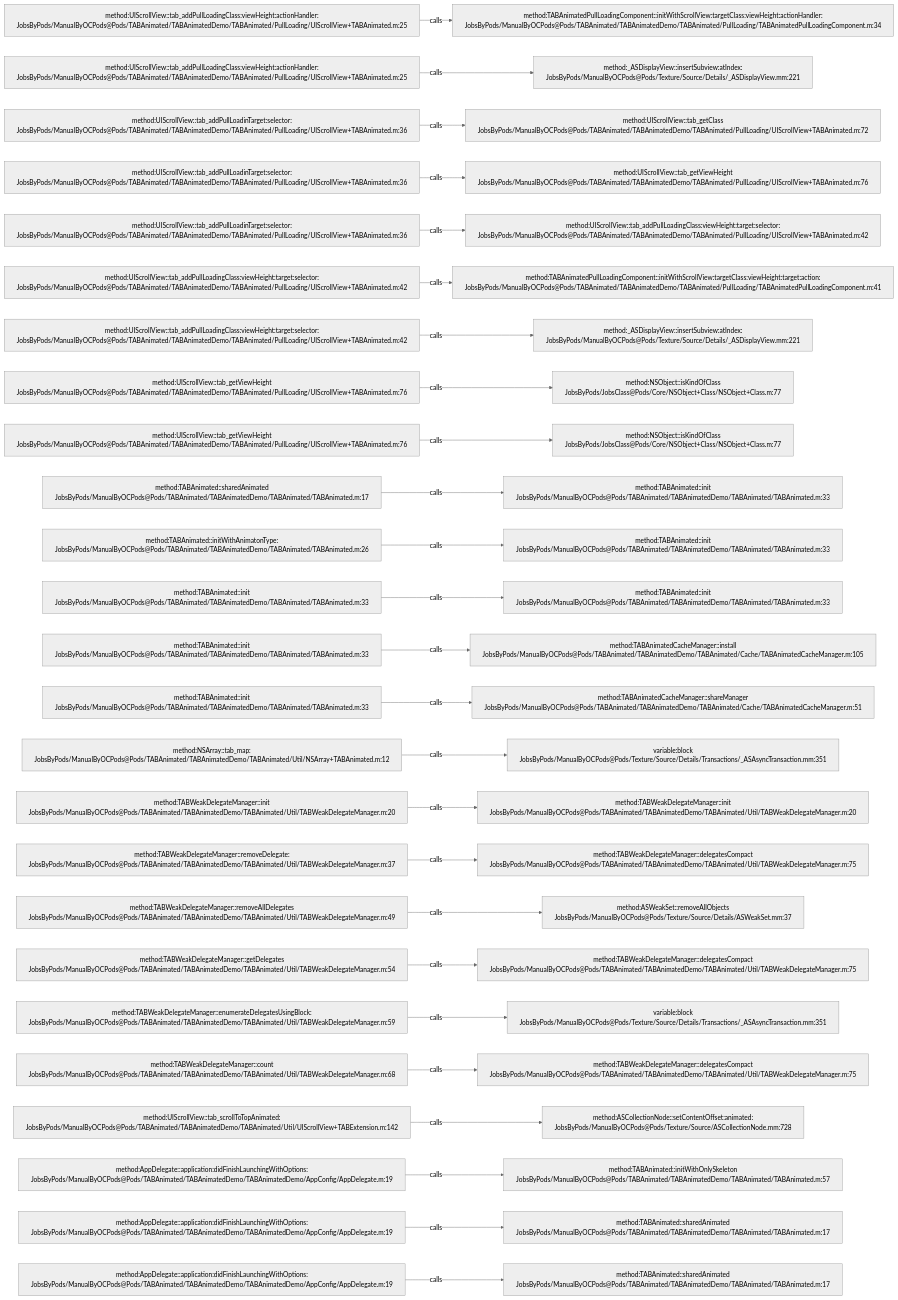
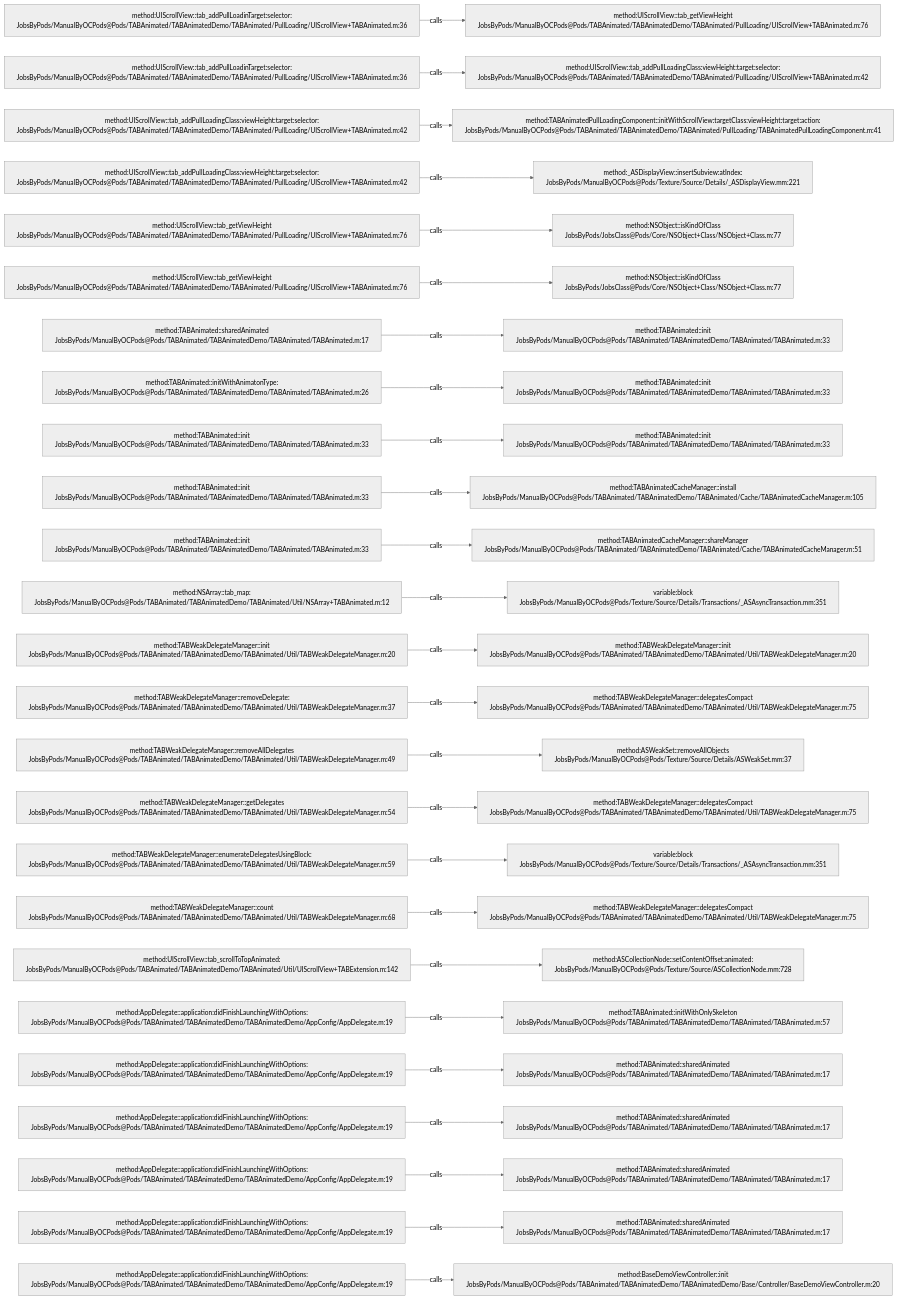
The diagram in .codegraph/codegraph.md/graphs/calls-041.md (JobsKits/JobsOCBaseConfigDemo), drawn with Mermaid (neutral theme) before and after one commit. The commit also changed 342 other files, not shown here.

````diff
--- a/.codegraph/codegraph.md/graphs/calls-041.md
+++ b/.codegraph/codegraph.md/graphs/calls-041.md
@@ -13,78 +13,78 @@
 ```mermaid
 flowchart LR
-  S1["method:UIScrollView::tab_addPullLoadingClass:viewHeight:actionHandler:<br/>JobsByPods/ManualByOCPods@Pods/TABAnimated/TABAnimatedDemo/TABAnimated/PullLoading/UIScrollView+TABAnimated.m:25"]
-  T1["method:TABAnimatedPullLoadingComponent::initWithScrollView:targetClass:viewHeight:actionHandler:<br/>JobsByPods/ManualByOCPods@Pods/TABAnimated/TABAnimatedDemo/TABAnimated/PullLoading/TABAnimatedPullLoadingComponent.m:34"]
+  S1["method:UIScrollView::tab_addPullLoadinTarget:selector:<br/>JobsByPods/ManualByOCPods@Pods/TABAnimated/TABAnimatedDemo/TABAnimated/PullLoading/UIScrollView+TABAnimated.m:36"]
+  T1["method:UIScrollView::tab_getViewHeight<br/>JobsByPods/ManualByOCPods@Pods/TABAnimated/TABAnimatedDemo/TABAnimated/PullLoading/UIScrollView+TABAnimated.m:76"]
   S1 -->|calls| T1
-  S2["method:UIScrollView::tab_addPullLoadingClass:viewHeight:actionHandler:<br/>JobsByPods/ManualByOCPods@Pods/TABAnimated/TABAnimatedDemo/TABAnimated/PullLoading/UIScrollView+TABAnimated.m:25"]
-  T2["method:_ASDisplayView::insertSubview:atIndex:<br/>JobsByPods/ManualByOCPods@Pods/Texture/Source/Details/_ASDisplayView.mm:221"]
+  S2["method:UIScrollView::tab_addPullLoadinTarget:selector:<br/>JobsByPods/ManualByOCPods@Pods/TABAnimated/TABAnimatedDemo/TABAnimated/PullLoading/UIScrollView+TABAnimated.m:36"]
+  T2["method:UIScrollView::tab_addPullLoadingClass:viewHeight:target:selector:<br/>JobsByPods/ManualByOCPods@Pods/TABAnimated/TABAnimatedDemo/TABAnimated/PullLoading/UIScrollView+TABAnimated.m:42"]
   S2 -->|calls| T2
-  S3["method:UIScrollView::tab_addPullLoadinTarget:selector:<br/>JobsByPods/ManualByOCPods@Pods/TABAnimated/TABAnimatedDemo/TABAnimated/PullLoading/UIScrollView+TABAnimated.m:36"]
-  T3["method:UIScrollView::tab_getClass<br/>JobsByPods/ManualByOCPods@Pods/TABAnimated/TABAnimatedDemo/TABAnimated/PullLoading/UIScrollView+TABAnimated.m:72"]
+  S3["method:UIScrollView::tab_addPullLoadingClass:viewHeight:target:selector:<br/>JobsByPods/ManualByOCPods@Pods/TABAnimated/TABAnimatedDemo/TABAnimated/PullLoading/UIScrollView+TABAnimated.m:42"]
+  T3["method:TABAnimatedPullLoadingComponent::initWithScrollView:targetClass:viewHeight:target:action:<br/>JobsByPods/ManualByOCPods@Pods/TABAnimated/TABAnimatedDemo/TABAnimated/PullLoading/TABAnimatedPullLoadingComponent.m:41"]
   S3 -->|calls| T3
-  S4["method:UIScrollView::tab_addPullLoadinTarget:selector:<br/>JobsByPods/ManualByOCPods@Pods/TABAnimated/TABAnimatedDemo/TABAnimated/PullLoading/UIScrollView+TABAnimated.m:36"]
-  T4["method:UIScrollView::tab_getViewHeight<br/>JobsByPods/ManualByOCPods@Pods/TABAnimated/TABAnimatedDemo/TABAnimated/PullLoading/UIScrollView+TABAnimated.m:76"]
+  S4["method:UIScrollView::tab_addPullLoadingClass:viewHeight:target:selector:<br/>JobsByPods/ManualByOCPods@Pods/TABAnimated/TABAnimatedDemo/TABAnimated/PullLoading/UIScrollView+TABAnimated.m:42"]
+  T4["method:_ASDisplayView::insertSubview:atIndex:<br/>JobsByPods/ManualByOCPods@Pods/Texture/Source/Details/_ASDisplayView.mm:221"]
   S4 -->|calls| T4
-  S5["method:UIScrollView::tab_addPullLoadinTarget:selector:<br/>JobsByPods/ManualByOCPods@Pods/TABAnimated/TABAnimatedDemo/TABAnimated/PullLoading/UIScrollView+TABAnimated.m:36"]
-  T5["method:UIScrollView::tab_addPullLoadingClass:viewHeight:target:selector:<br/>JobsByPods/ManualByOCPods@Pods/TABAnimated/TABAnimatedDemo/TABAnimated/PullLoading/UIScrollView+TABAnimated.m:42"]
+  S5["method:UIScrollView::tab_getViewHeight<br/>JobsByPods/ManualByOCPods@Pods/TABAnimated/TABAnimatedDemo/TABAnimated/PullLoading/UIScrollView+TABAnimated.m:76"]
+  T5["method:NSObject::isKindOfClass<br/>JobsByPods/JobsClass@Pods/Core/NSObject+Class/NSObject+Class.m:77"]
   S5 -->|calls| T5
-  S6["method:UIScrollView::tab_addPullLoadingClass:viewHeight:target:selector:<br/>JobsByPods/ManualByOCPods@Pods/TABAnimated/TABAnimatedDemo/TABAnimated/PullLoading/UIScrollView+TABAnimated.m:42"]
-  T6["method:TABAnimatedPullLoadingComponent::initWithScrollView:targetClass:viewHeight:target:action:<br/>JobsByPods/ManualByOCPods@Pods/TABAnimated/TABAnimatedDemo/TABAnimated/PullLoading/TABAnimatedPullLoadingComponent.m:41"]
+  S6["method:UIScrollView::tab_getViewHeight<br/>JobsByPods/ManualByOCPods@Pods/TABAnimated/TABAnimatedDemo/TABAnimated/PullLoading/UIScrollView+TABAnimated.m:76"]
+  T6["method:NSObject::isKindOfClass<br/>JobsByPods/JobsClass@Pods/Core/NSObject+Class/NSObject+Class.m:77"]
   S6 -->|calls| T6
-  S7["method:UIScrollView::tab_addPullLoadingClass:viewHeight:target:selector:<br/>JobsByPods/ManualByOCPods@Pods/TABAnimated/TABAnimatedDemo/TABAnimated/PullLoading/UIScrollView+TABAnimated.m:42"]
-  T7["method:_ASDisplayView::insertSubview:atIndex:<br/>JobsByPods/ManualByOCPods@Pods/Texture/Source/Details/_ASDisplayView.mm:221"]
+  S7["method:TABAnimated::sharedAnimated<br/>JobsByPods/ManualByOCPods@Pods/TABAnimated/TABAnimatedDemo/TABAnimated/TABAnimated.m:17"]
+  T7["method:TABAnimated::init<br/>JobsByPods/ManualByOCPods@Pods/TABAnimated/TABAnimatedDemo/TABAnimated/TABAnimated.m:33"]
   S7 -->|calls| T7
-  S8["method:UIScrollView::tab_getViewHeight<br/>JobsByPods/ManualByOCPods@Pods/TABAnimated/TABAnimatedDemo/TABAnimated/PullLoading/UIScrollView+TABAnimated.m:76"]
-  T8["method:NSObject::isKindOfClass<br/>JobsByPods/JobsClass@Pods/Core/NSObject+Class/NSObject+Class.m:77"]
+  S8["method:TABAnimated::initWithAnimatonType:<br/>JobsByPods/ManualByOCPods@Pods/TABAnimated/TABAnimatedDemo/TABAnimated/TABAnimated.m:26"]
+  T8["method:TABAnimated::init<br/>JobsByPods/ManualByOCPods@Pods/TABAnimated/TABAnimatedDemo/TABAnimated/TABAnimated.m:33"]
   S8 -->|calls| T8
-  S9["method:UIScrollView::tab_getViewHeight<br/>JobsByPods/ManualByOCPods@Pods/TABAnimated/TABAnimatedDemo/TABAnimated/PullLoading/UIScrollView+TABAnimated.m:76"]
-  T9["method:NSObject::isKindOfClass<br/>JobsByPods/JobsClass@Pods/Core/NSObject+Class/NSObject+Class.m:77"]
+  S9["method:TABAnimated::init<br/>JobsByPods/ManualByOCPods@Pods/TABAnimated/TABAnimatedDemo/TABAnimated/TABAnimated.m:33"]
+  T9["method:TABAnimated::init<br/>JobsByPods/ManualByOCPods@Pods/TABAnimated/TABAnimatedDemo/TABAnimated/TABAnimated.m:33"]
   S9 -->|calls| T9
-  S10["method:TABAnimated::sharedAnimated<br/>JobsByPods/ManualByOCPods@Pods/TABAnimated/TABAnimatedDemo/TABAnimated/TABAnimated.m:17"]
-  T10["method:TABAnimated::init<br/>JobsByPods/ManualByOCPods@Pods/TABAnimated/TABAnimatedDemo/TABAnimated/TABAnimated.m:33"]
+  S10["method:TABAnimated::init<br/>JobsByPods/ManualByOCPods@Pods/TABAnimated/TABAnimatedDemo/TABAnimated/TABAnimated.m:33"]
+  T10["method:TABAnimatedCacheManager::install<br/>JobsByPods/ManualByOCPods@Pods/TABAnimated/TABAnimatedDemo/TABAnimated/Cache/TABAnimatedCacheManager.m:105"]
   S10 -->|calls| T10
-  S11["method:TABAnimated::initWithAnimatonType:<br/>JobsByPods/ManualByOCPods@Pods/TABAnimated/TABAnimatedDemo/TABAnimated/TABAnimated.m:26"]
-  T11["method:TABAnimated::init<br/>JobsByPods/ManualByOCPods@Pods/TABAnimated/TABAnimatedDemo/TABAnimated/TABAnimated.m:33"]
+  S11["method:TABAnimated::init<br/>JobsByPods/ManualByOCPods@Pods/TABAnimated/TABAnimatedDemo/TABAnimated/TABAnimated.m:33"]
+  T11["method:TABAnimatedCacheManager::shareManager<br/>JobsByPods/ManualByOCPods@Pods/TABAnimated/TABAnimatedDemo/TABAnimated/Cache/TABAnimatedCacheManager.m:51"]
   S11 -->|calls| T11
-  S12["method:TABAnimated::init<br/>JobsByPods/ManualByOCPods@Pods/TABAnimated/TABAnimatedDemo/TABAnimated/TABAnimated.m:33"]
-  T12["method:TABAnimated::init<br/>JobsByPods/ManualByOCPods@Pods/TABAnimated/TABAnimatedDemo/TABAnimated/TABAnimated.m:33"]
+  S12["method:NSArray::tab_map:<br/>JobsByPods/ManualByOCPods@Pods/TABAnimated/TABAnimatedDemo/TABAnimated/Util/NSArray+TABAnimated.m:12"]
+  T12["variable:block<br/>JobsByPods/ManualByOCPods@Pods/Texture/Source/Details/Transactions/_ASAsyncTransaction.mm:351"]
   S12 -->|calls| T12
-  S13["method:TABAnimated::init<br/>JobsByPods/ManualByOCPods@Pods/TABAnimated/TABAnimatedDemo/TABAnimated/TABAnimated.m:33"]
-  T13["method:TABAnimatedCacheManager::install<br/>JobsByPods/ManualByOCPods@Pods/TABAnimated/TABAnimatedDemo/TABAnimated/Cache/TABAnimatedCacheManager.m:105"]
+  S13["method:TABWeakDelegateManager::init<br/>JobsByPods/ManualByOCPods@Pods/TABAnimated/TABAnimatedDemo/TABAnimated/Util/TABWeakDelegateManager.m:20"]
+  T13["method:TABWeakDelegateManager::init<br/>JobsByPods/ManualByOCPods@Pods/TABAnimated/TABAnimatedDemo/TABAnimated/Util/TABWeakDelegateManager.m:20"]
   S13 -->|calls| T13
-  S14["method:TABAnimated::init<br/>JobsByPods/ManualByOCPods@Pods/TABAnimated/TABAnimatedDemo/TABAnimated/TABAnimated.m:33"]
-  T14["method:TABAnimatedCacheManager::shareManager<br/>JobsByPods/ManualByOCPods@Pods/TABAnimated/TABAnimatedDemo/TABAnimated/Cache/TABAnimatedCacheManager.m:51"]
+  S14["method:TABWeakDelegateManager::removeDelegate:<br/>JobsByPods/ManualByOCPods@Pods/TABAnimated/TABAnimatedDemo/TABAnimated/Util/TABWeakDelegateManager.m:37"]
+  T14["method:TABWeakDelegateManager::delegatesCompact<br/>JobsByPods/ManualByOCPods@Pods/TABAnimated/TABAnimatedDemo/TABAnimated/Util/TABWeakDelegateManager.m:75"]
   S14 -->|calls| T14
-  S15["method:NSArray::tab_map:<br/>JobsByPods/ManualByOCPods@Pods/TABAnimated/TABAnimatedDemo/TABAnimated/Util/NSArray+TABAnimated.m:12"]
-  T15["variable:block<br/>JobsByPods/ManualByOCPods@Pods/Texture/Source/Details/Transactions/_ASAsyncTransaction.mm:351"]
+  S15["method:TABWeakDelegateManager::removeAllDelegates<br/>JobsByPods/ManualByOCPods@Pods/TABAnimated/TABAnimatedDemo/TABAnimated/Util/TABWeakDelegateManager.m:49"]
+  T15["method:ASWeakSet::removeAllObjects<br/>JobsByPods/ManualByOCPods@Pods/Texture/Source/Details/ASWeakSet.mm:37"]
   S15 -->|calls| T15
-  S16["method:TABWeakDelegateManager::init<br/>JobsByPods/ManualByOCPods@Pods/TABAnimated/TABAnimatedDemo/TABAnimated/Util/TABWeakDelegateManager.m:20"]
-  T16["method:TABWeakDelegateManager::init<br/>JobsByPods/ManualByOCPods@Pods/TABAnimated/TABAnimatedDemo/TABAnimated/Util/TABWeakDelegateManager.m:20"]
+  S16["method:TABWeakDelegateManager::getDelegates<br/>JobsByPods/ManualByOCPods@Pods/TABAnimated/TABAnimatedDemo/TABAnimated/Util/TABWeakDelegateManager.m:54"]
+  T16["method:TABWeakDelegateManager::delegatesCompact<br/>JobsByPods/ManualByOCPods@Pods/TABAnimated/TABAnimatedDemo/TABAnimated/Util/TABWeakDelegateManager.m:75"]
   S16 -->|calls| T16
-  S17["method:TABWeakDelegateManager::removeDelegate:<br/>JobsByPods/ManualByOCPods@Pods/TABAnimated/TABAnimatedDemo/TABAnimated/Util/TABWeakDelegateManager.m:37"]
-  T17["method:TABWeakDelegateManager::delegatesCompact<br/>JobsByPods/ManualByOCPods@Pods/TABAnimated/TABAnimatedDemo/TABAnimated/Util/TABWeakDelegateManager.m:75"]
+  S17["method:TABWeakDelegateManager::enumerateDelegatesUsingBlock:<br/>JobsByPods/ManualByOCPods@Pods/TABAnimated/TABAnimatedDemo/TABAnimated/Util/TABWeakDelegateManager.m:59"]
+  T17["variable:block<br/>JobsByPods/ManualByOCPods@Pods/Texture/Source/Details/Transactions/_ASAsyncTransaction.mm:351"]
   S17 -->|calls| T17
-  S18["method:TABWeakDelegateManager::removeAllDelegates<br/>JobsByPods/ManualByOCPods@Pods/TABAnimated/TABAnimatedDemo/TABAnimated/Util/TABWeakDelegateManager.m:49"]
-  T18["method:ASWeakSet::removeAllObjects<br/>JobsByPods/ManualByOCPods@Pods/Texture/Source/Details/ASWeakSet.mm:37"]
+  S18["method:TABWeakDelegateManager::count<br/>JobsByPods/ManualByOCPods@Pods/TABAnimated/TABAnimatedDemo/TABAnimated/Util/TABWeakDelegateManager.m:68"]
+  T18["method:TABWeakDelegateManager::delegatesCompact<br/>JobsByPods/ManualByOCPods@Pods/TABAnimated/TABAnimatedDemo/TABAnimated/Util/TABWeakDelegateManager.m:75"]
   S18 -->|calls| T18
-  S19["method:TABWeakDelegateManager::getDelegates<br/>JobsByPods/ManualByOCPods@Pods/TABAnimated/TABAnimatedDemo/TABAnimated/Util/TABWeakDelegateManager.m:54"]
-  T19["method:TABWeakDelegateManager::delegatesCompact<br/>JobsByPods/ManualByOCPods@Pods/TABAnimated/TABAnimatedDemo/TABAnimated/Util/TABWeakDelegateManager.m:75"]
+  S19["method:UIScrollView::tab_scrollToTopAnimated:<br/>JobsByPods/ManualByOCPods@Pods/TABAnimated/TABAnimatedDemo/TABAnimated/Util/UIScrollView+TABExtension.m:142"]
+  T19["method:ASCollectionNode::setContentOffset:animated:<br/>JobsByPods/ManualByOCPods@Pods/Texture/Source/ASCollectionNode.mm:728"]
   S19 -->|calls| T19
-  S20["method:TABWeakDelegateManager::enumerateDelegatesUsingBlock:<br/>JobsByPods/ManualByOCPods@Pods/TABAnimated/TABAnimatedDemo/TABAnimated/Util/TABWeakDelegateManager.m:59"]
-  T20["variable:block<br/>JobsByPods/ManualByOCPods@Pods/Texture/Source/Details/Transactions/_ASAsyncTransaction.mm:351"]
+  S20["method:AppDelegate::application:didFinishLaunchingWithOptions:<br/>JobsByPods/ManualByOCPods@Pods/TABAnimated/TABAnimatedDemo/TABAnimatedDemo/AppConfig/AppDelegate.m:19"]
+  T20["method:TABAnimated::initWithOnlySkeleton<br/>JobsByPods/ManualByOCPods@Pods/TABAnimated/TABAnimatedDemo/TABAnimated/TABAnimated.m:57"]
   S20 -->|calls| T20
-  S21["method:TABWeakDelegateManager::count<br/>JobsByPods/ManualByOCPods@Pods/TABAnimated/TABAnimatedDemo/TABAnimated/Util/TABWeakDelegateManager.m:68"]
-  T21["method:TABWeakDelegateManager::delegatesCompact<br/>JobsByPods/ManualByOCPods@Pods/TABAnimated/TABAnimatedDemo/TABAnimated/Util/TABWeakDelegateManager.m:75"]
+  S21["method:AppDelegate::application:didFinishLaunchingWithOptions:<br/>JobsByPods/ManualByOCPods@Pods/TABAnimated/TABAnimatedDemo/TABAnimatedDemo/AppConfig/AppDelegate.m:19"]
+  T21["method:TABAnimated::sharedAnimated<br/>JobsByPods/ManualByOCPods@Pods/TABAnimated/TABAnimatedDemo/TABAnimated/TABAnimated.m:17"]
   S21 -->|calls| T21
-  S22["method:UIScrollView::tab_scrollToTopAnimated:<br/>JobsByPods/ManualByOCPods@Pods/TABAnimated/TABAnimatedDemo/TABAnimated/Util/UIScrollView+TABExtension.m:142"]
-  T22["method:ASCollectionNode::setContentOffset:animated:<br/>JobsByPods/ManualByOCPods@Pods/Texture/Source/ASCollectionNode.mm:728"]
+  S22["method:AppDelegate::application:didFinishLaunchingWithOptions:<br/>JobsByPods/ManualByOCPods@Pods/TABAnimated/TABAnimatedDemo/TABAnimatedDemo/AppConfig/AppDelegate.m:19"]
+  T22["method:TABAnimated::sharedAnimated<br/>JobsByPods/ManualByOCPods@Pods/TABAnimated/TABAnimatedDemo/TABAnimated/TABAnimated.m:17"]
   S22 -->|calls| T22
   S23["method:AppDelegate::application:didFinishLaunchingWithOptions:<br/>JobsByPods/ManualByOCPods@Pods/TABAnimated/TABAnimatedDemo/TABAnimatedDemo/AppConfig/AppDelegate.m:19"]
-  T23["method:TABAnimated::initWithOnlySkeleton<br/>JobsByPods/ManualByOCPods@Pods/TABAnimated/TABAnimatedDemo/TABAnimated/TABAnimated.m:57"]
+  T23["method:TABAnimated::sharedAnimated<br/>JobsByPods/ManualByOCPods@Pods/TABAnimated/TABAnimatedDemo/TABAnimated/TABAnimated.m:17"]
   S23 -->|calls| T23
   S24["method:AppDelegate::application:didFinishLaunchingWithOptions:<br/>JobsByPods/ManualByOCPods@Pods/TABAnimated/TABAnimatedDemo/TABAnimatedDemo/AppConfig/AppDelegate.m:19"]
   T24["method:TABAnimated::sharedAnimated<br/>JobsByPods/ManualByOCPods@Pods/TABAnimated/TABAnimatedDemo/TABAnimated/TABAnimated.m:17"]
   S24 -->|calls| T24
   S25["method:AppDelegate::application:didFinishLaunchingWithOptions:<br/>JobsByPods/ManualByOCPods@Pods/TABAnimated/TABAnimatedDemo/TABAnimatedDemo/AppConfig/AppDelegate.m:19"]
-  T25["method:TABAnimated::sharedAnimated<br/>JobsByPods/ManualByOCPods@Pods/TABAnimated/TABAnimatedDemo/TABAnimated/TABAnimated.m:17"]
+  T25["method:BaseDemoViewController::init<br/>JobsByPods/ManualByOCPods@Pods/TABAnimated/TABAnimatedDemo/TABAnimatedDemo/Base/Controller/BaseDemoViewController.m:20"]
   S25 -->|calls| T25
 ```
````
